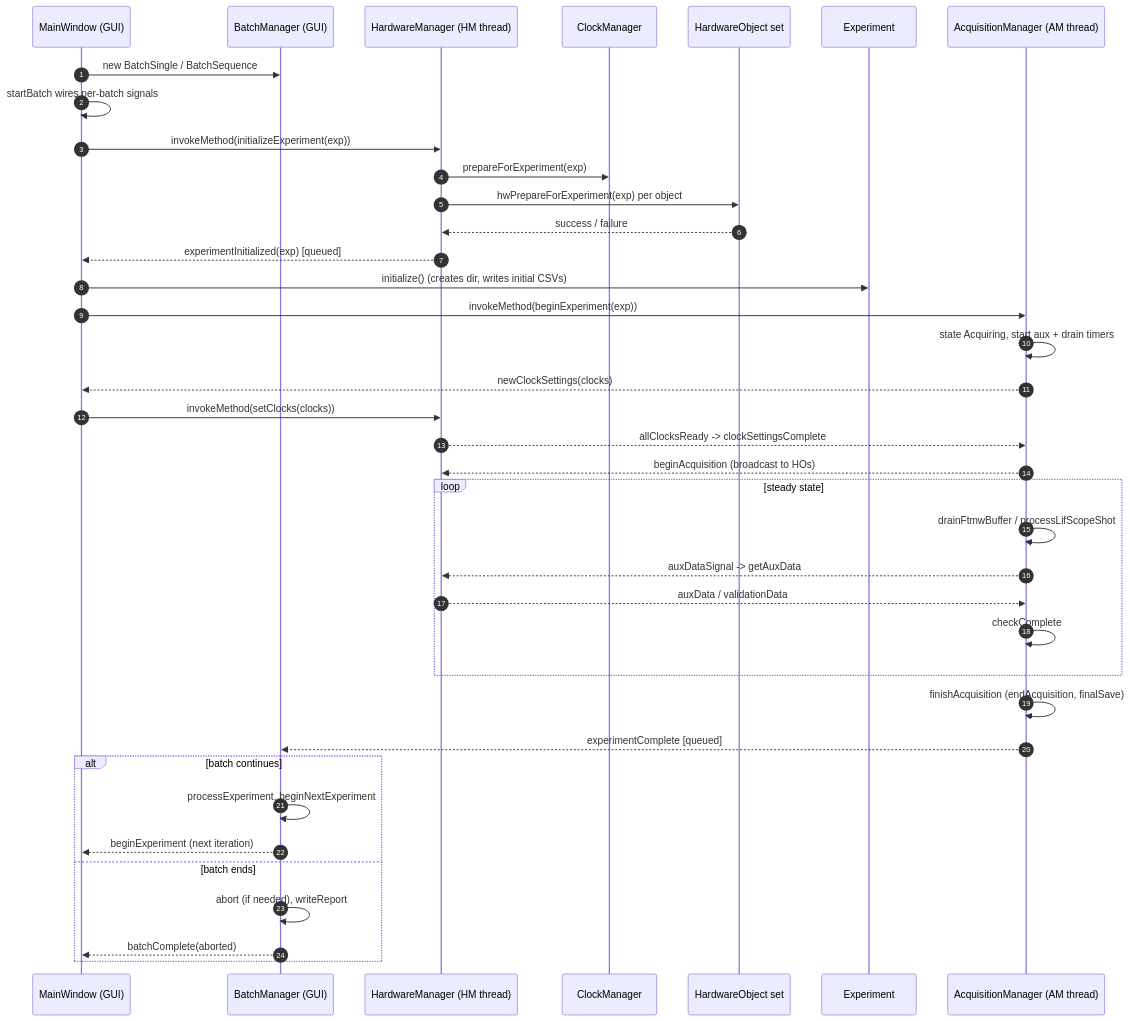
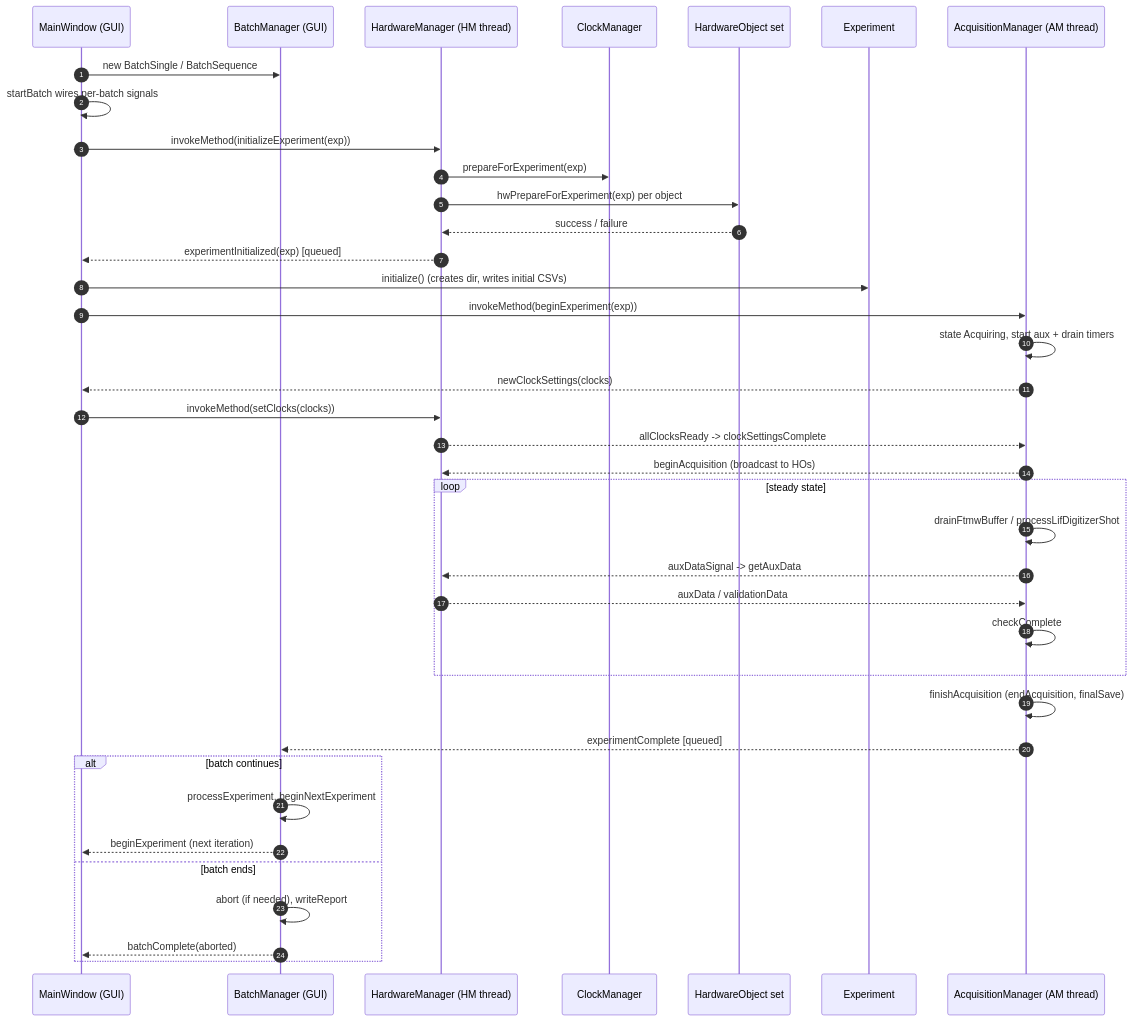
One commit to kncrabtree/blackchirp changed the diagram in doc/source/developer_guide/experiment_lifecycle.rst. Above: the diagram before and after it, drawn with Mermaid. The commit also changed other lines of this file and 124 other files, not shown here.

First line of the commit message:
Rename FtmwScope/LifScope to FtmwDigitizer/LifDigitizer

```diff
--- a/doc/source/developer_guide/experiment_lifecycle.rst
+++ b/doc/source/developer_guide/experiment_lifecycle.rst
@@ -429,41 +429,41 @@
 .. mermaid::
 
    sequenceDiagram
        autonumber
        participant MW as MainWindow (GUI)
        participant BM as BatchManager (GUI)
        participant HM as HardwareManager (HM thread)
        participant CM as ClockManager
        participant HOs as HardwareObject set
        participant EX as Experiment
        participant AM as AcquisitionManager (AM thread)
 
        MW->>BM: new BatchSingle / BatchSequence
        MW->>MW: startBatch wires per-batch signals
        MW->>HM: invokeMethod(initializeExperiment(exp))
        HM->>CM: prepareForExperiment(exp)
        HM->>HOs: hwPrepareForExperiment(exp) per object
        HOs-->>HM: success / failure
        HM-->>MW: experimentInitialized(exp) [queued]
        MW->>EX: initialize() (creates dir, writes initial CSVs)
        MW->>AM: invokeMethod(beginExperiment(exp))
        AM->>AM: state Acquiring, start aux + drain timers
        AM-->>MW: newClockSettings(clocks)
        MW->>HM: invokeMethod(setClocks(clocks))
        HM-->>AM: allClocksReady -> clockSettingsComplete
        AM-->>HM: beginAcquisition (broadcast to HOs)
        loop steady state
-           AM->>AM: drainFtmwBuffer / processLifScopeShot
+           AM->>AM: drainFtmwBuffer / processLifDigitizerShot
            AM-->>HM: auxDataSignal -> getAuxData
            HM-->>AM: auxData / validationData
            AM->>AM: checkComplete
        end
        AM->>AM: finishAcquisition (endAcquisition, finalSave)
        AM-->>BM: experimentComplete [queued]
        alt batch continues
            BM->>BM: processExperiment, beginNextExperiment
            BM-->>MW: beginExperiment (next iteration)
        else batch ends
            BM->>BM: abort (if needed), writeReport
            BM-->>MW: batchComplete(aborted)
        end
```
